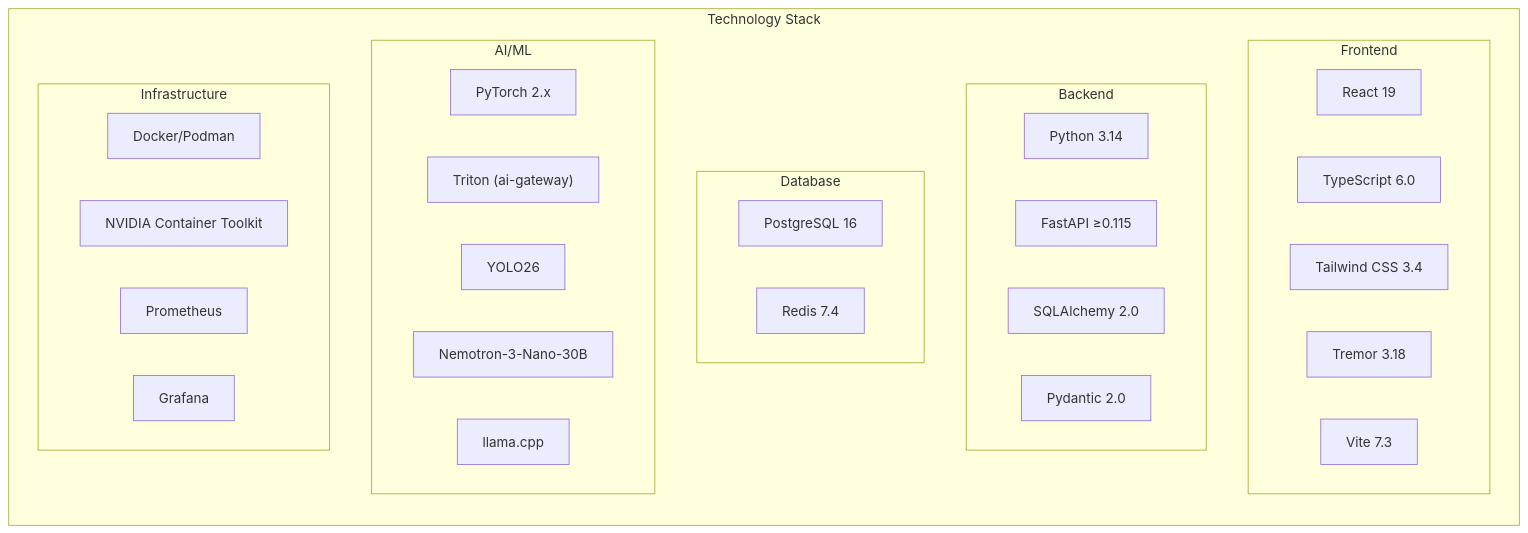
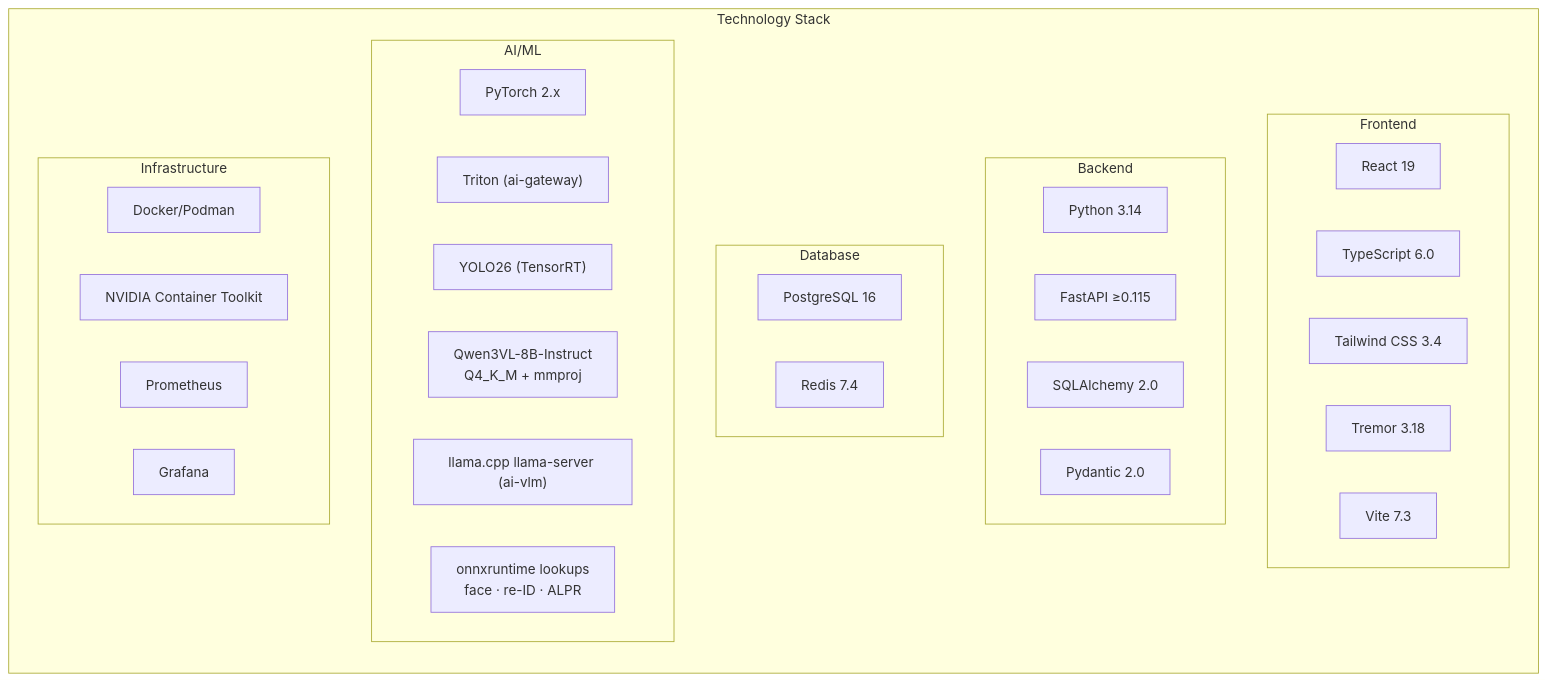
Before and after one commit to mikesvoboda/nemotron-v3-home-security-intelligence: the second of 2 diagrams in docs/architecture/system-overview/README.md, drawn with Mermaid. The commit also changed other lines of this file and 231 other files, not shown here.

````diff
--- a/docs/architecture/system-overview/README.md
+++ b/docs/architecture/system-overview/README.md
@@ -63,41 +65,42 @@
 ```mermaid
 flowchart TB
     subgraph Stack["Technology Stack"]
         direction TB
 
         subgraph FE["Frontend"]
             React["React 19"]
             TS["TypeScript 6.0"]
             Tailwind["Tailwind CSS 3.4"]
             Tremor["Tremor 3.18"]
             Vite["Vite 7.3"]
         end
 
         subgraph BE["Backend"]
             Python["Python 3.14"]
             FastAPI["FastAPI ≥0.115"]
             SQLAlchemy["SQLAlchemy 2.0"]
             Pydantic["Pydantic 2.0"]
         end
 
         subgraph DB["Database"]
             PG["PostgreSQL 16"]
             Redis["Redis 7.4"]
         end
 
         subgraph ML["AI/ML"]
             PyTorch["PyTorch 2.x"]
             Triton["Triton (ai-gateway)"]
-            YOLO26["YOLO26"]
-            Nemotron["Nemotron-3-Nano-30B"]
-            LlamaCpp["llama.cpp"]
+            YOLO26["YOLO26 (TensorRT)"]
+            VLM["Qwen3VL-8B-Instruct<br/>Q4_K_M + mmproj"]
+            LlamaCpp["llama.cpp llama-server (ai-vlm)"]
+            ONNX["onnxruntime lookups<br/>face · re-ID · ALPR"]
         end
 
         subgraph Infra["Infrastructure"]
             Docker["Docker/Podman"]
             NVIDIA["NVIDIA Container Toolkit"]
             Prom["Prometheus"]
             Graf["Grafana"]
         end
     end
 ```
````
